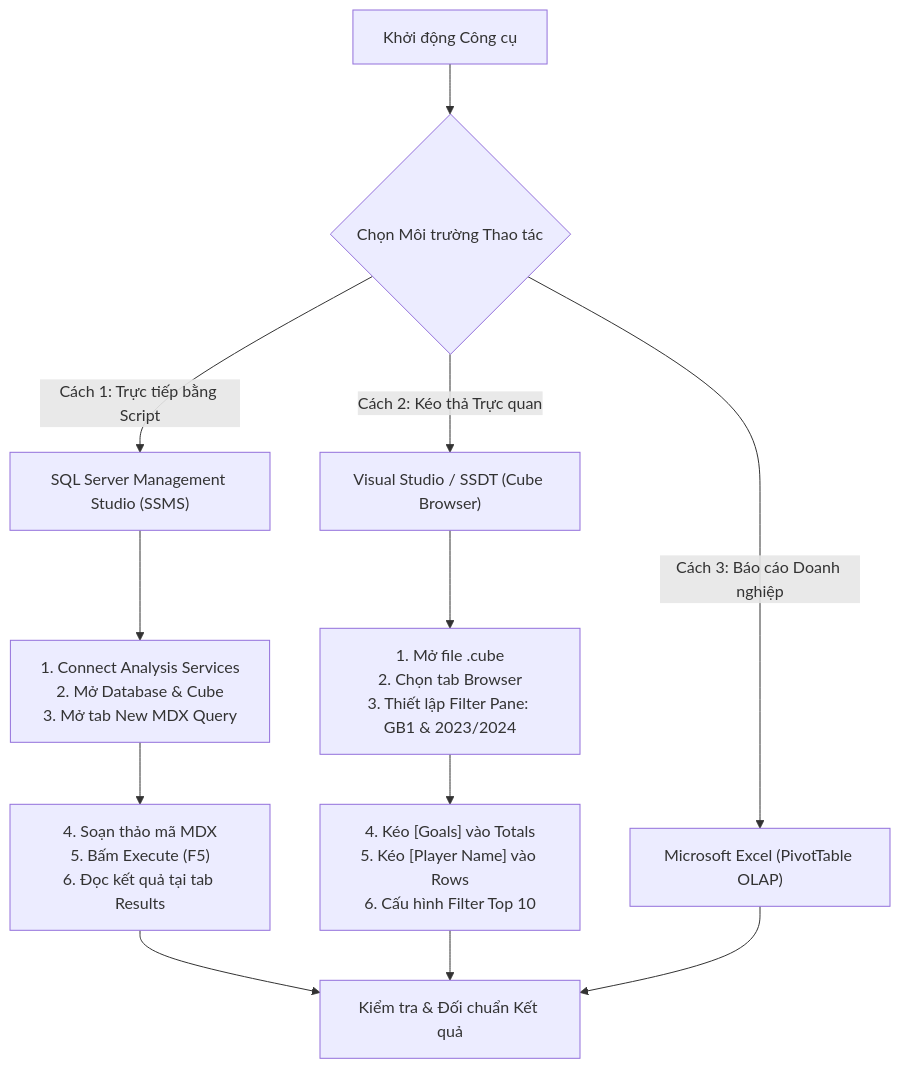
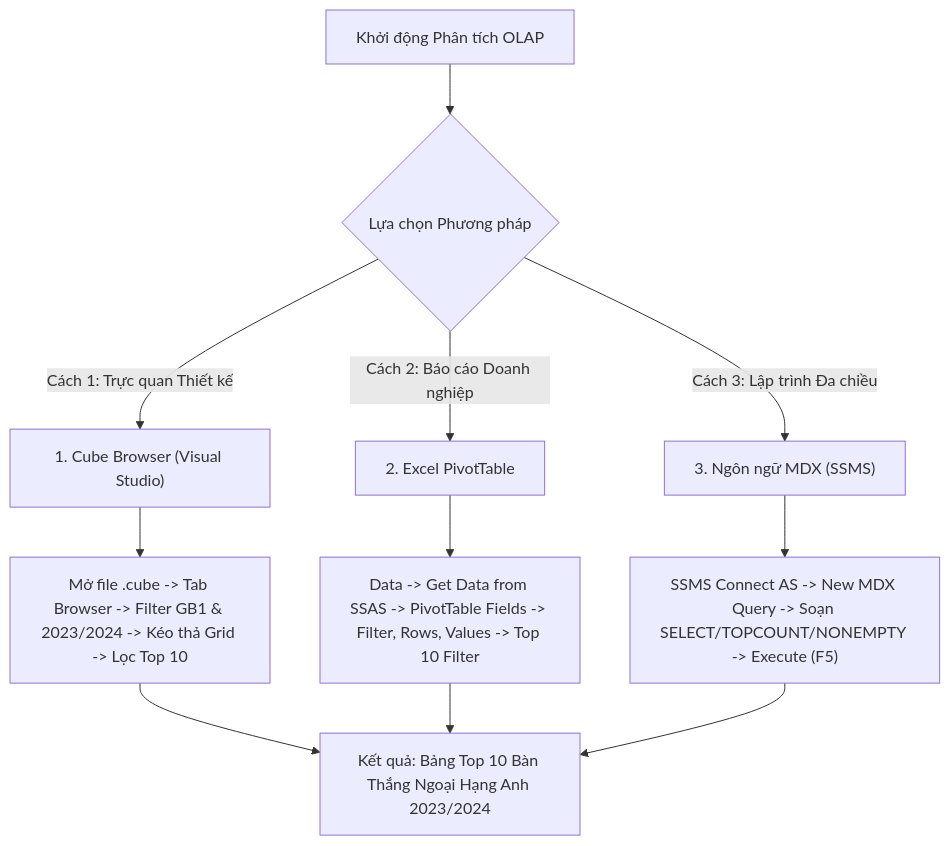
The diagram in mdx/query_01.md (snowflake-vibing/Kho_du_lieu_OLAP), drawn with Mermaid before and after one commit. The commit also changed other lines of this file, not shown here.

Commit message:
docs(mdx): cau truc lai query_01 gom 3 cach: cube browser, excel pivottable va ngon ngu mdx

````diff
--- a/mdx/query_01.md
+++ b/mdx/query_01.md
@@ -40,18 +43,16 @@
 ```mermaid
 flowchart TD
-    Start["Khởi động Công cụ"] --> Choice{"Chọn Môi trường Thao tác"}
-    
-    Choice -->|"Cách 1: Trực tiếp bằng Script"| SSMS["SQL Server Management Studio (SSMS)"]
-    Choice -->|"Cách 2: Kéo thả Trực quan"| VS["Visual Studio / SSDT (Cube Browser)"]
-    Choice -->|"Cách 3: Báo cáo Doanh nghiệp"| Excel["Microsoft Excel (PivotTable OLAP)"]
+    Start["Khởi động Phân tích OLAP"] --> Choice{"Lựa chọn Phương pháp"}
 
-    SSMS --> SSMS_1["1. Connect Analysis Services<br>2. Mở Database & Cube<br>3. Mở tab New MDX Query"]
-    SSMS_1 --> SSMS_2["4. Soạn thảo mã MDX<br>5. Bấm Execute (F5)<br>6. Đọc kết quả tại tab Results"]
+    Choice -->|"Cách 1: Trực quan Thiết kế"| CB["1. Cube Browser (Visual Studio)"]
+    Choice -->|"Cách 2: Báo cáo Doanh nghiệp"| Excel["2. Excel PivotTable"]
+    Choice -->|"Cách 3: Lập trình Đa chiều"| MDX["3. Ngôn ngữ MDX (SSMS)"]
 
-    VS --> VS_1["1. Mở file .cube<br>2. Chọn tab Browser<br>3. Thiết lập Filter Pane: GB1 & 2023/2024"]
-    VS_1 --> VS_2["4. Kéo [Goals] vào Totals<br>5. Kéo [Player Name] vào Rows<br>6. Cấu hình Filter Top 10"]
+    CB --> CB_Step["Mở file .cube -> Tab Browser -> Filter GB1 & 2023/2024 -> Kéo thả Grid -> Lọc Top 10"]
+    Excel --> Excel_Step["Data -> Get Data from SSAS -> PivotTable Fields -> Filter, Rows, Values -> Top 10 Filter"]
+    MDX --> MDX_Step["SSMS Connect AS -> New MDX Query -> Soạn SELECT/TOPCOUNT/NONEMPTY -> Execute (F5)"]
 
-    SSMS_2 --> Finish["Kiểm tra & Đối chuẩn Kết quả"]
-    VS_2 --> Finish
-    Excel --> Finish
+    CB_Step --> Finish["Kết quả: Bảng Top 10 Bàn Thắng Ngoại Hạng Anh 2023/2024"]
+    Excel_Step --> Finish
+    MDX_Step --> Finish
 ```
````
